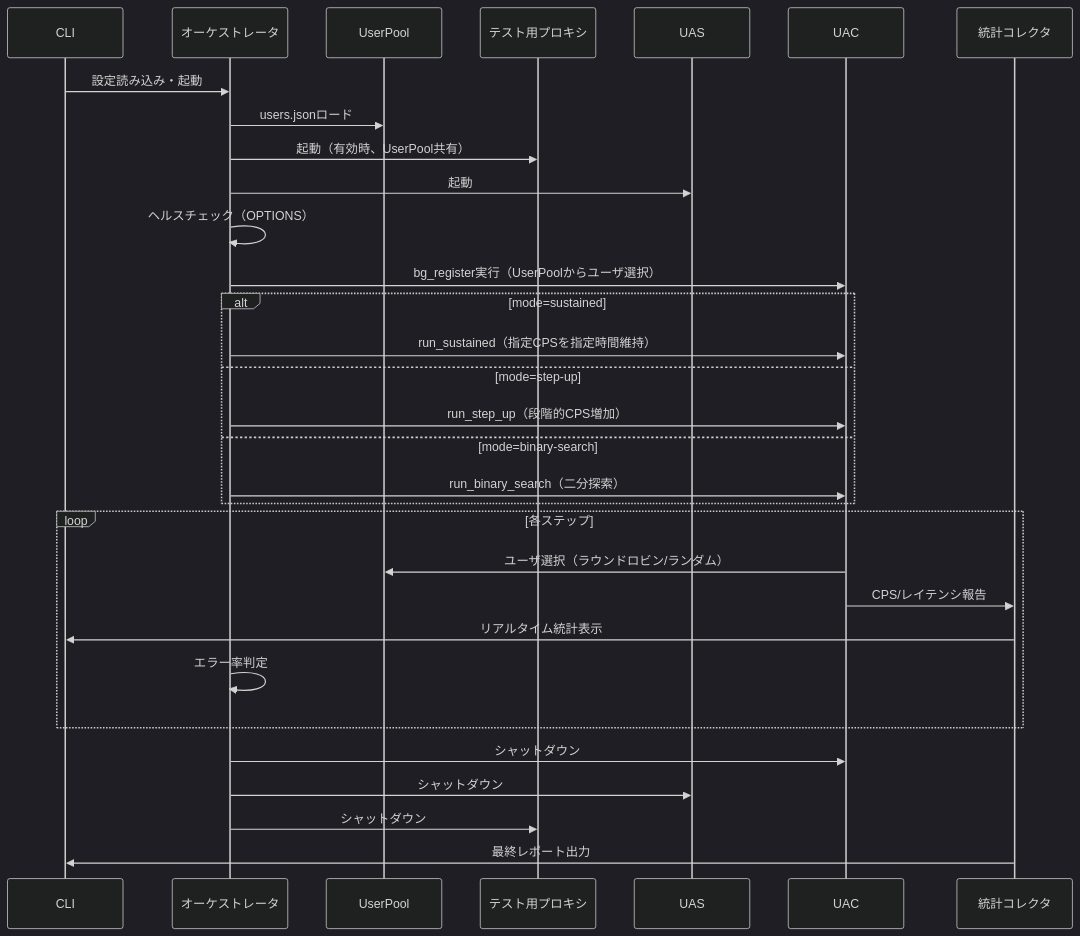
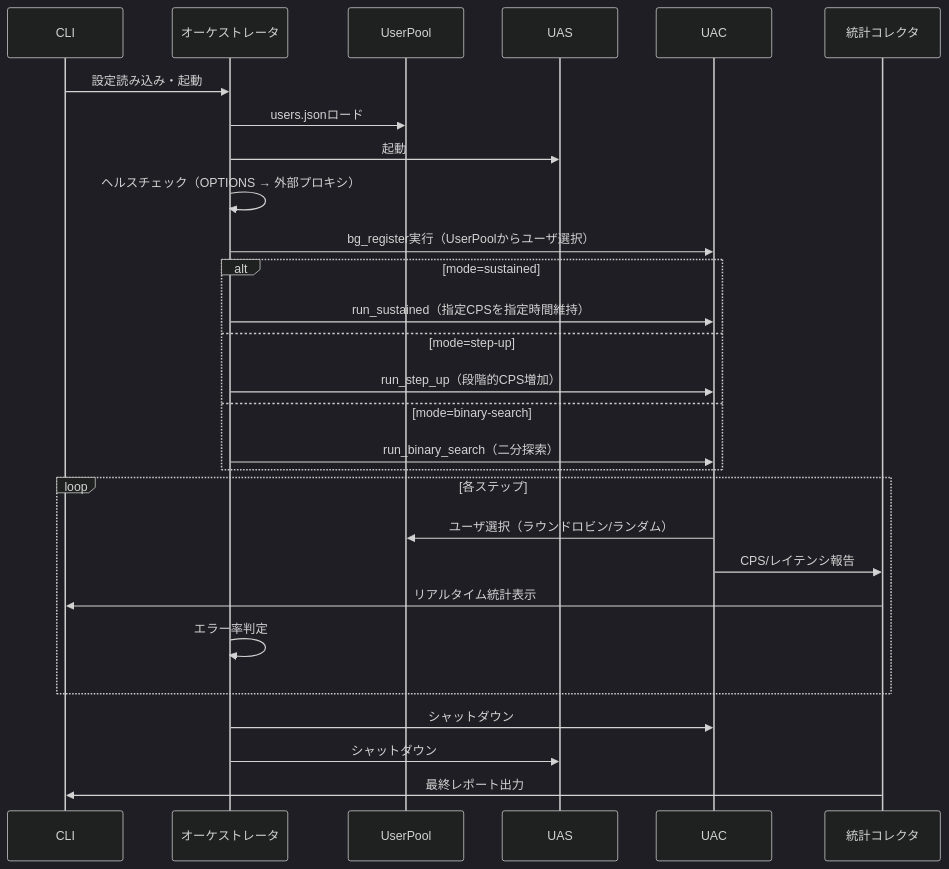
The second of 3 diagrams in docs/sip-load-tester.md (zurustar/SotafugyTypeR), drawn with Mermaid (dark theme) before and after one commit. The commit also changed other lines of this file and 22 other files, not shown here.

````diff
--- a/docs/sip-load-tester.md
+++ b/docs/sip-load-tester.md
@@ -106,37 +114,34 @@
 ```mermaid
 sequenceDiagram
     participant CLI
     participant Orch as オーケストレータ
     participant UserPool as UserPool
-    participant Proxy as テスト用プロキシ
     participant UAS
     participant UAC
     participant Stats as 統計コレクタ
 
     CLI->>Orch: 設定読み込み・起動
     Orch->>UserPool: users.jsonロード
-    Orch->>Proxy: 起動（有効時、UserPool共有）
     Orch->>UAS: 起動
-    Orch->>Orch: ヘルスチェック（OPTIONS）
+    Orch->>Orch: ヘルスチェック（OPTIONS → 外部プロキシ）
     Orch->>UAC: bg_register実行（UserPoolからユーザ選択）
     
     alt mode=sustained
         Orch->>UAC: run_sustained（指定CPSを指定時間維持）
     else mode=step-up
         Orch->>UAC: run_step_up（段階的CPS増加）
     else mode=binary-search
         Orch->>UAC: run_binary_search（二分探索）
     end
     
     loop 各ステップ
         UAC->>UserPool: ユーザ選択（ラウンドロビン/ランダム）
         UAC->>Stats: CPS/レイテンシ報告
         Stats->>CLI: リアルタイム統計表示
         Orch->>Orch: エラー率判定
     end
     
     Orch->>UAC: シャットダウン
     Orch->>UAS: シャットダウン
-    Orch->>Proxy: シャットダウン
     Stats->>CLI: 最終レポート出力
 ```
````
